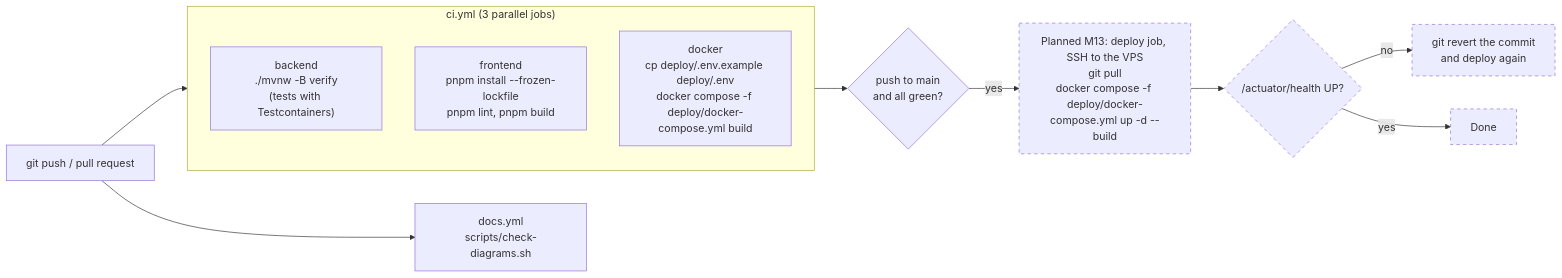
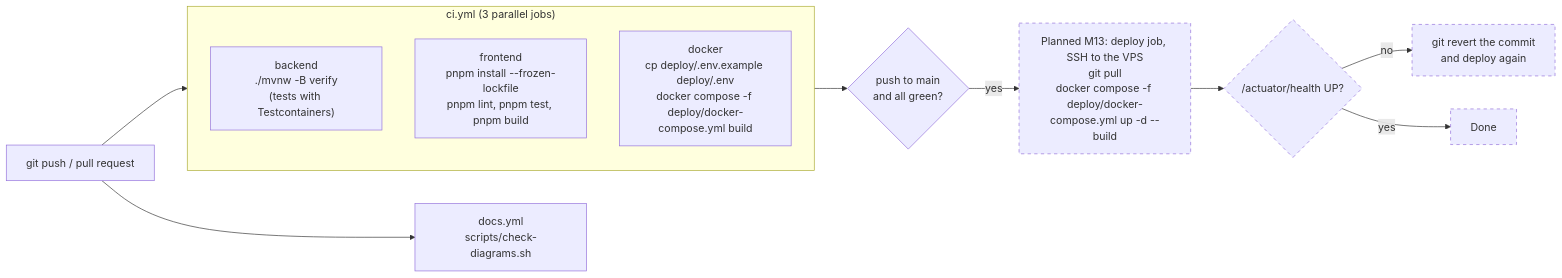
One commit to Iyed-M/olive-connect changed the second of 3 diagrams in docs/10-deployment.md. Above: the diagram before and after it, drawn with Mermaid. The commit also changed other lines of this file and 30 other files, not shown here.

````diff
--- a/docs/10-deployment.md
+++ b/docs/10-deployment.md
@@ -69,16 +69,16 @@
 ```mermaid
 flowchart LR
     A["git push / pull request"] --> CI
     subgraph CI["ci.yml (3 parallel jobs)"]
         B["backend<br/>./mvnw -B verify<br/>(tests with Testcontainers)"]
-        C["frontend<br/>pnpm install --frozen-lockfile<br/>pnpm lint, pnpm build"]
+        C["frontend<br/>pnpm install --frozen-lockfile<br/>pnpm lint, pnpm test, pnpm build"]
         D["docker<br/>cp deploy/.env.example deploy/.env<br/>docker compose -f deploy/docker-compose.yml build"]
     end
     A --> DOC["docs.yml<br/>scripts/check-diagrams.sh"]
     CI --> M{"push to main<br/>and all green?"}
     M -- yes --> E["Planned M13: deploy job, SSH to the VPS<br/>git pull<br/>docker compose -f deploy/docker-compose.yml up -d --build"]:::planned
     E --> F{"/actuator/health UP?"}:::planned
     F -- no --> G["git revert the commit<br/>and deploy again"]:::planned
     F -- yes --> H[Done]:::planned
     classDef planned stroke-dasharray: 5 5
 ```
````
